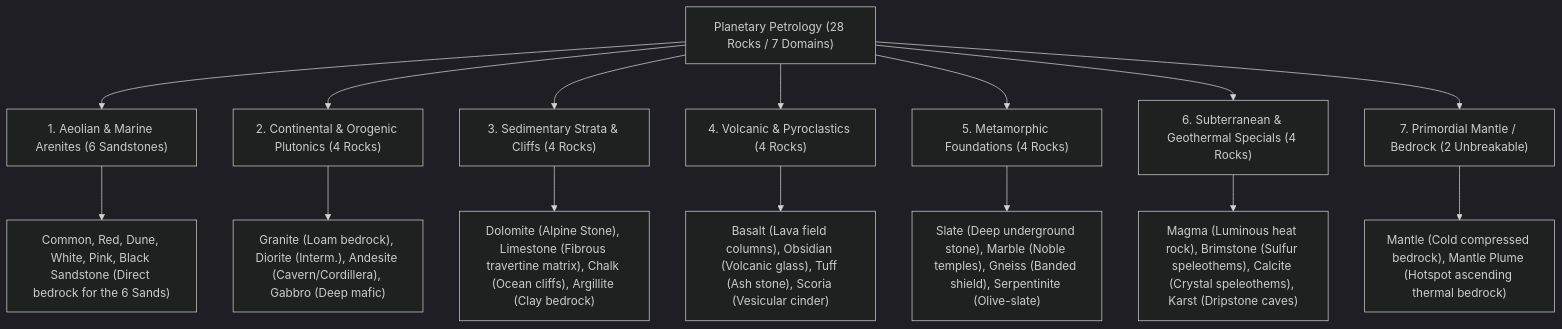
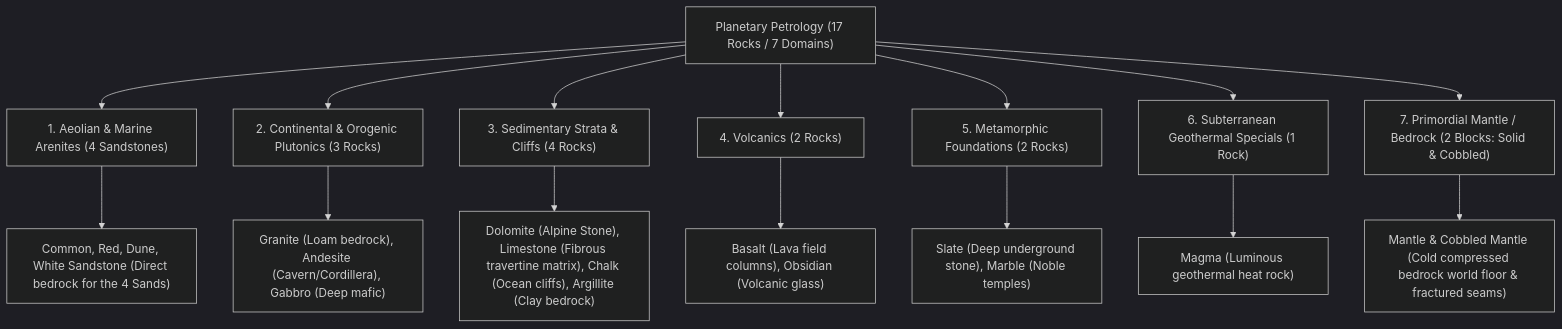
Before and after one commit to gabrtzweb/VoxelGameEngine: the diagram in docs/worldbuilding/blocks/rocks_design.md, drawn with Mermaid (dark theme). The commit also changed other lines of this file and 204 other files, not shown here.

````diff
--- a/docs/worldbuilding/blocks/rocks_design.md
+++ b/docs/worldbuilding/blocks/rocks_design.md
@@ -15,18 +17,18 @@
 ```mermaid
 graph TD
-    R["Planetary Petrology (28 Rocks / 7 Domains)"] --> D1["1. Aeolian & Marine Arenites (6 Sandstones)"]
-    R --> D2["2. Continental & Orogenic Plutonics (4 Rocks)"]
+    R["Planetary Petrology (17 Rocks / 7 Domains)"] --> D1["1. Aeolian & Marine Arenites (4 Sandstones)"]
+    R --> D2["2. Continental & Orogenic Plutonics (3 Rocks)"]
     R --> D3["3. Sedimentary Strata & Cliffs (4 Rocks)"]
-    R --> D4["4. Volcanic & Pyroclastics (4 Rocks)"]
-    R --> D5["5. Metamorphic Foundations (4 Rocks)"]
-    R --> D6["6. Subterranean & Geothermal Specials (4 Rocks)"]
-    R --> D7["7. Primordial Mantle / Bedrock (2 Unbreakable)"]
+    R --> D4["4. Volcanics (2 Rocks)"]
+    R --> D5["5. Metamorphic Foundations (2 Rocks)"]
+    R --> D6["6. Subterranean Geothermal Specials (1 Rock)"]
+    R --> D7["7. Primordial Mantle / Bedrock (2 Blocks: Solid & Cobbled)"]
 
-    D1 --> D1a["Common, Red, Dune, White, Pink, Black Sandstone (Direct bedrock for the 6 Sands)"]
-    D2 --> D2a["Granite (Loam bedrock), Diorite (Interm.), Andesite (Cavern/Cordillera), Gabbro (Deep mafic)"]
+    D1 --> D1a["Common, Red, Dune, White Sandstone (Direct bedrock for the 4 Sands)"]
+    D2 --> D2a["Granite (Loam bedrock), Andesite (Cavern/Cordillera), Gabbro (Deep mafic)"]
     D3 --> D3a["Dolomite (Alpine Stone), Limestone (Fibrous travertine matrix), Chalk (Ocean cliffs), Argillite (Clay bedrock)"]
-    D4 --> D4a["Basalt (Lava field columns), Obsidian (Volcanic glass), Tuff (Ash stone), Scoria (Vesicular cinder)"]
-    D5 --> D5a["Slate (Deep underground stone), Marble (Noble temples), Gneiss (Banded shield), Serpentinite (Olive-slate)"]
-    D6 --> D6a["Magma (Luminous heat rock), Brimstone (Sulfur speleothems), Calcite (Crystal speleothems), Karst (Dripstone caves)"]
-    D7 --> D7a["Mantle (Cold compressed bedrock), Mantle Plume (Hotspot ascending thermal bedrock)"]
+    D4 --> D4a["Basalt (Lava field columns), Obsidian (Volcanic glass)"]
+    D5 --> D5a["Slate (Deep underground stone), Marble (Noble temples)"]
+    D6 --> D6a["Magma (Luminous geothermal heat rock)"]
+    D7 --> D7a["Mantle & Cobbled Mantle (Cold compressed bedrock world floor & fractured seams)"]
 ```
````
